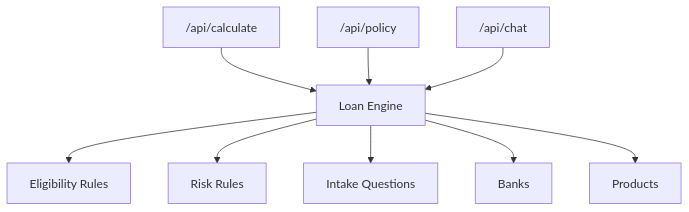
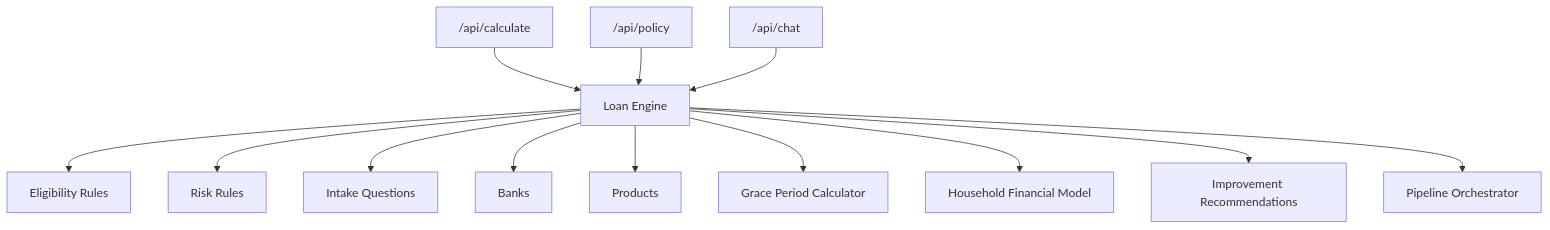
Diagram 13 of 13 in .qoder/repowiki/en/content/Loan Engine/Loan Engine.md (alibaba-hackathon-fsi/frontend-vaya), drawn with Mermaid before and after one commit. The commit also changed other lines of this file and 77 other files, not shown here.

````diff
--- a/.qoder/repowiki/en/content/Loan Engine/Loan Engine.md
+++ b/.qoder/repowiki/en/content/Loan Engine/Loan Engine.md
@@ -356,11 +535,15 @@
 ```mermaid
 graph TB
 CalcRoute["/api/calculate"] --> Engine["Loan Engine"]
 PolicyRoute["/api/policy"] --> Engine
 ChatRoute["/api/chat"] --> Engine
 Engine --> Eligibility["Eligibility Rules"]
 Engine --> Risk["Risk Rules"]
 Engine --> Intake["Intake Questions"]
 Engine --> Banks["Banks"]
 Engine --> Products["Products"]
+Engine --> GracePeriod["Grace Period Calculator"]
+Engine --> HouseholdModel["Household Financial Model"]
+Engine --> Recommendations["Improvement Recommendations"]
+Engine --> Pipeline["Pipeline Orchestrator"]
 ```
````
